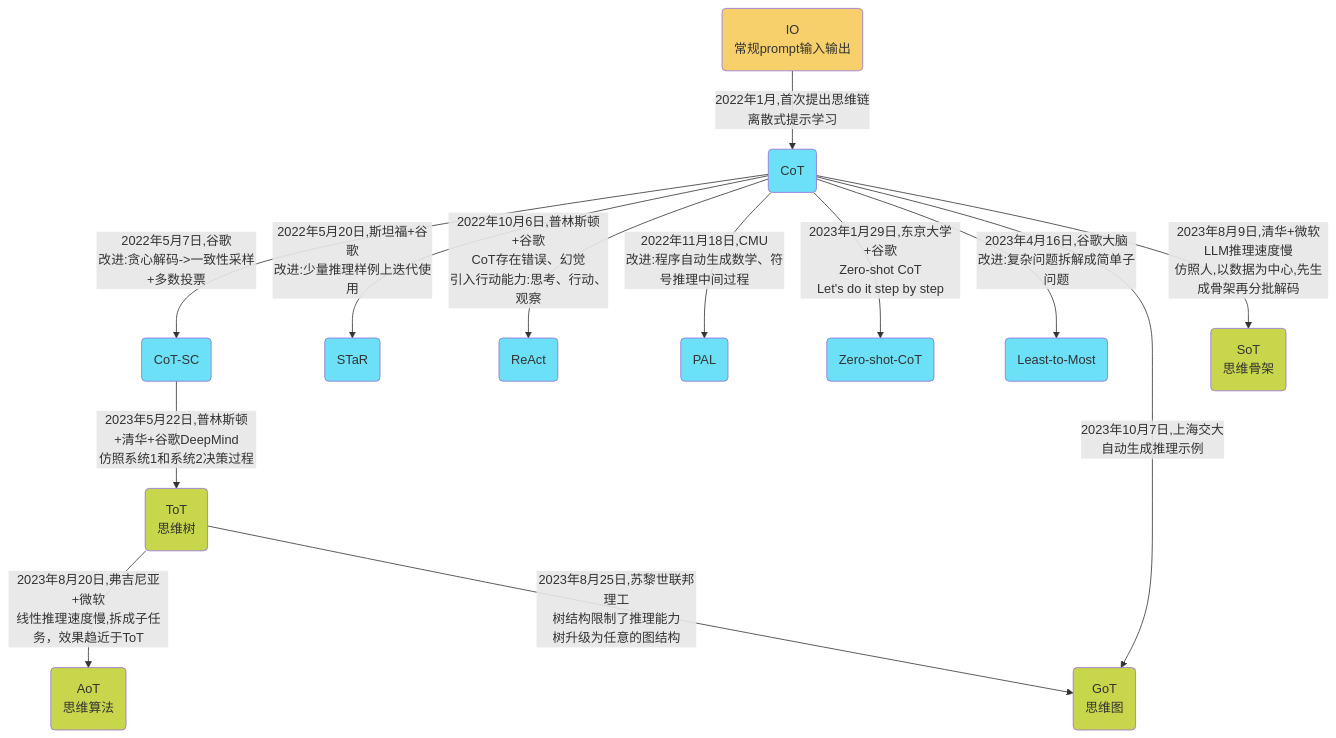
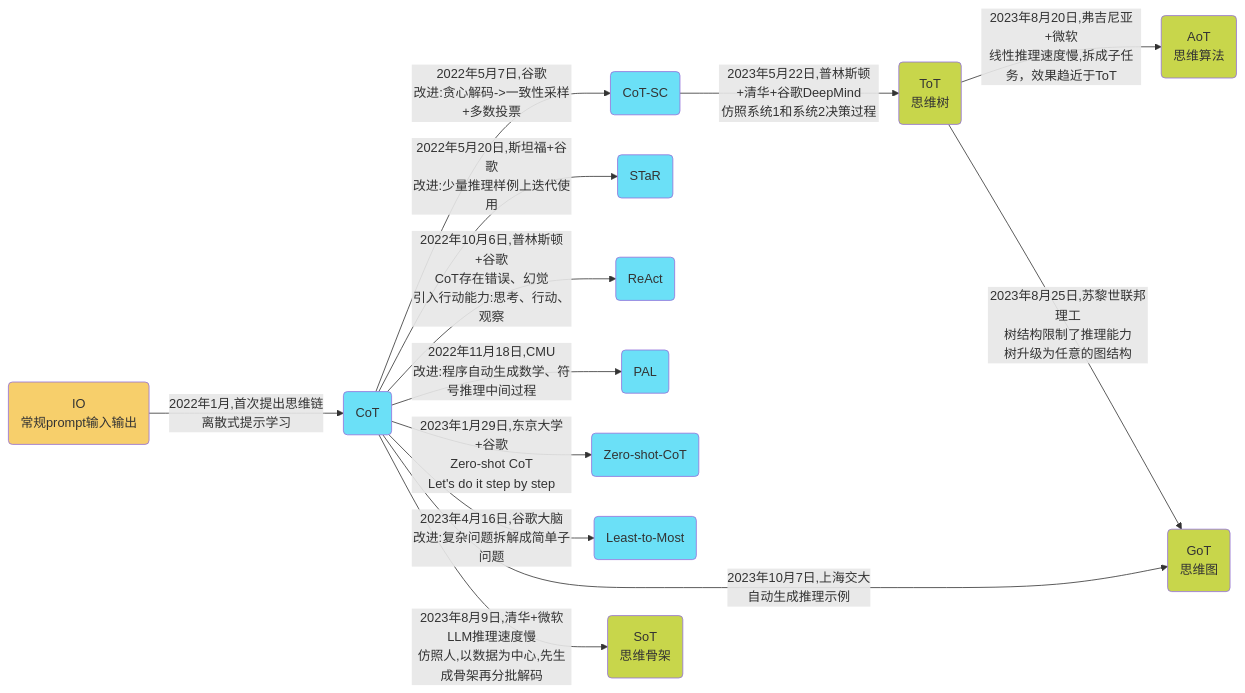
One commit to wqw547243068/wqw547243068.github.io changed the second of 2 diagrams in _posts/2023-03-10-icl-cot.md. Above: the diagram before and after it, drawn with Mermaid. The commit also changed other lines of this file, not shown here.

Commit message:
更新

```diff
--- a/_posts/2023-03-10-icl-cot.md
+++ b/_posts/2023-03-10-icl-cot.md
@@ -744,22 +744,22 @@
 <div class="mermaid">
-    flowchart TD
+    flowchart LR
     %% 节点颜色
     classDef red fill:#f02;
     classDef green fill:#5CF77B;
     classDef blue fill:#6BE0F7;
     classDef orange fill:#F7CF6B;
     classDef grass fill:#C8D64B;
     %%节点关系定义
     O(IO\n常规prompt输入输出):::orange-->|2022年1月,首次提出思维链\n离散式提示学习|A(CoT):::blue
     A-->|2022年5月7日,谷歌\n改进:贪心解码->一致性采样+多数投票|B(CoT-SC):::blue
     A-->|2022年5月20日,斯坦福+谷歌\n改进:少量推理样例上迭代使用|C(STaR):::blue
     A-->|2022年10月6日,普林斯顿+谷歌\nCoT存在错误、幻觉\n引入行动能力:思考、行动、观察|R(ReAct):::blue
     A-->|2022年11月18日,CMU\n改进:程序自动生成数学、符号推理中间过程|P(PAL):::blue
     A-->|2023年1月29日,东京大学+谷歌\nZero-shot CoT\nLet's do it step by step|D(Zero-shot-CoT):::blue
     A-->|2023年4月16日,谷歌大脑\n改进:复杂问题拆解成简单子问题|L(Least-to-Most):::blue
     A-->|2023年10月7日,上海交大\n自动生成推理示例|G(Auto-CoT):::blue
     A-->|2023年8月9日,清华+微软\nLLM推理速度慢\n仿照人,以数据为中心,先生成骨架再分批解码|S(SoT\n思维骨架):::grass
     B-->|2023年5月22日,普林斯顿+清华+谷歌DeepMind\n仿照系统1和系统2决策过程|T(ToT\n思维树):::grass
     T-->|2023年8月20日,弗吉尼亚+微软\n线性推理速度慢,拆成子任务，效果趋近于ToT|AT(AoT\n思维算法):::grass
     T-->|2023年8月25日,苏黎世联邦理工\n树结构限制了推理能力\n树升级为任意的图结构|G(GoT\n思维图):::grass
 </div>
```
